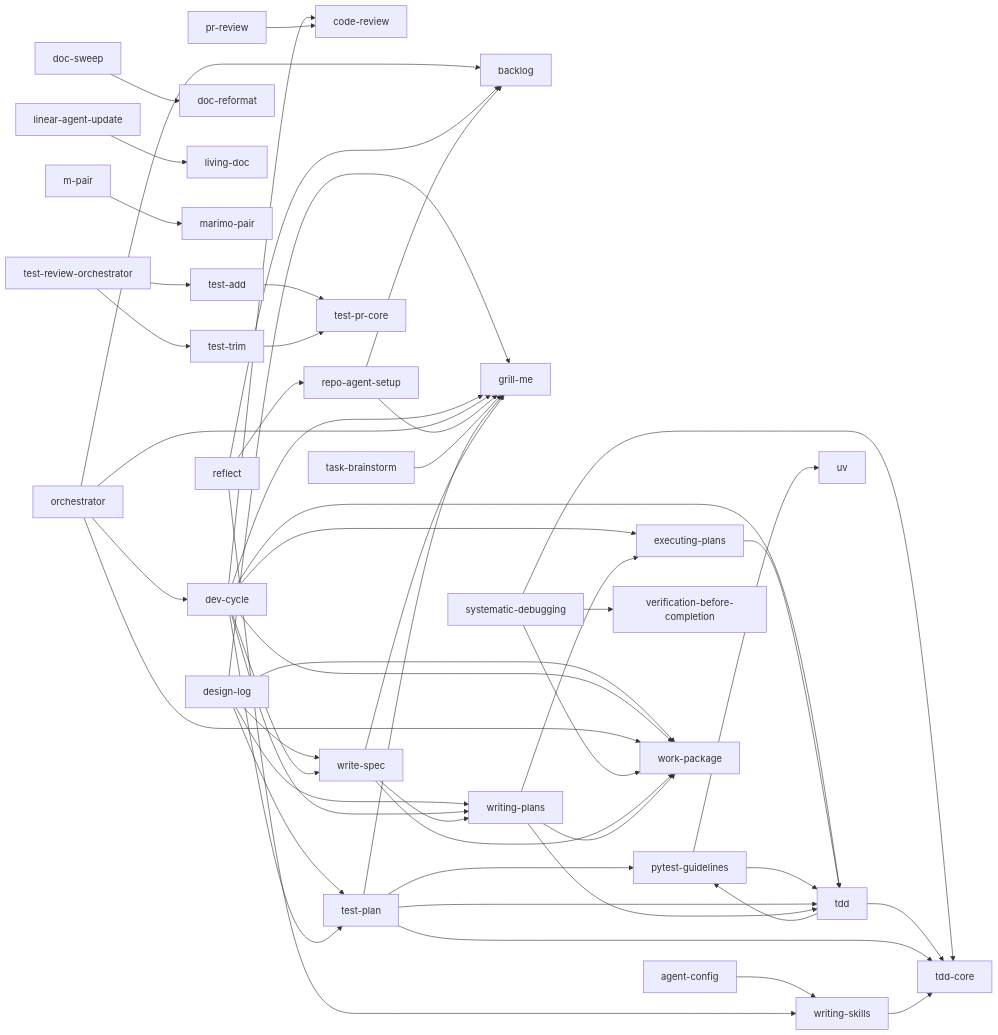
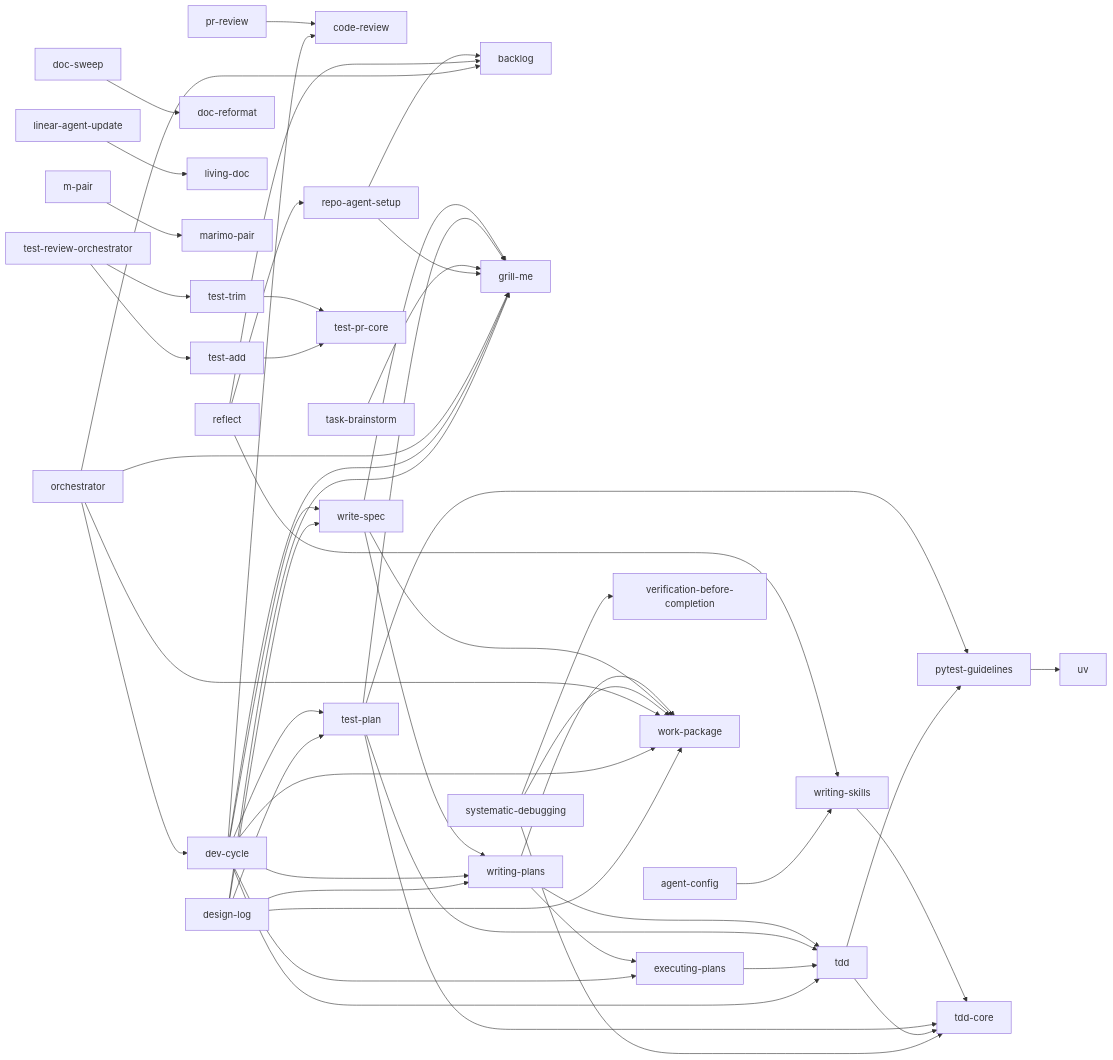
The diagram in README.md (Haydeni0/agent-config), drawn with Mermaid before and after one commit. The commit also changed 4 other files, not shown here.

First line of the commit message:
feat(check-skills): deps graph must be a DAG (REQ-SKILLS-17)

```diff
--- a/README.md
+++ b/README.md
@@ -167,7 +167,6 @@
     orchestrator --> work_package
     pr_review --> code_review
     pytest_guidelines --> uv
-    pytest_guidelines --> tdd
     reflect --> backlog
     reflect --> repo_agent_setup
     reflect --> writing_skills
```
